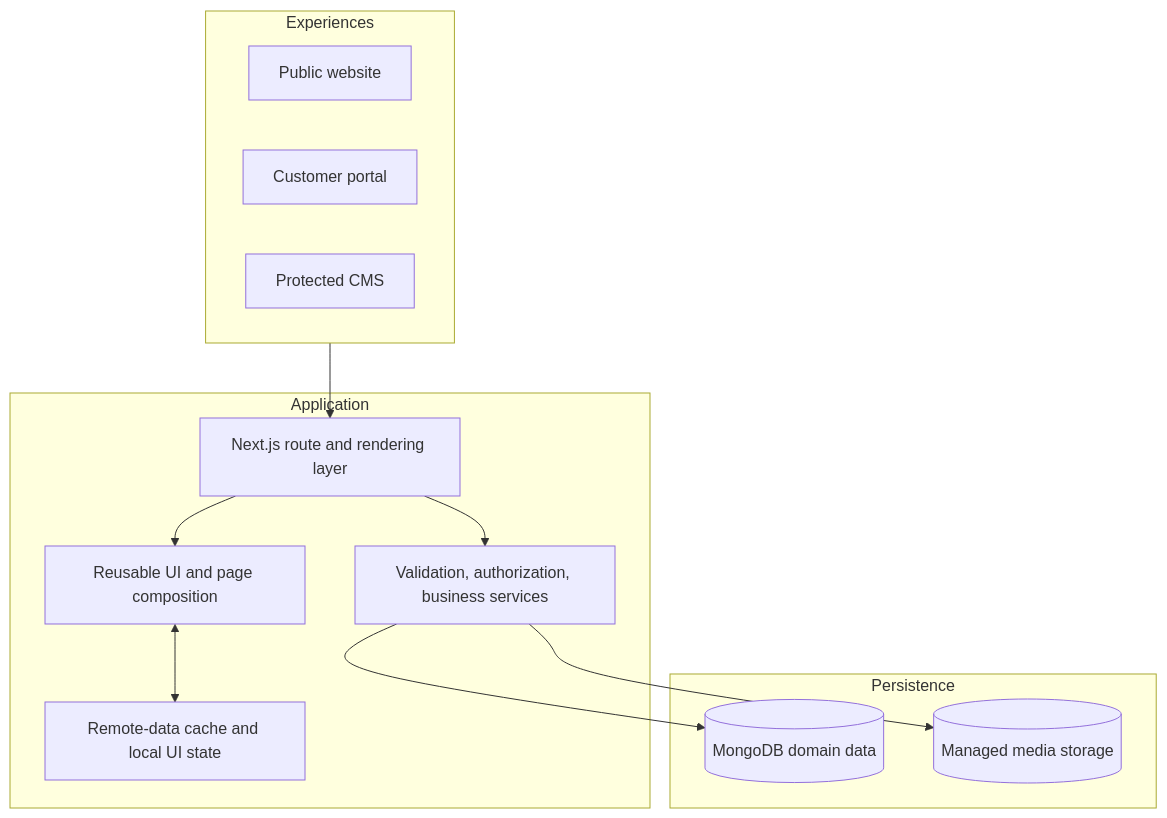
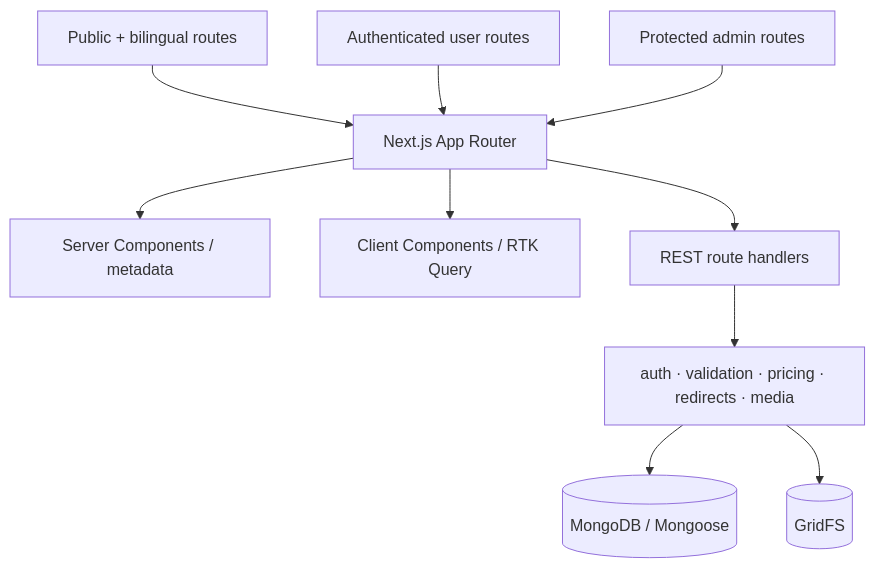
One commit to zakaria-akash/care-bangla-group-web-application changed the diagram in AppStructureUpgrade.md. Above: the diagram before and after it, drawn with Mermaid. The commit also changed other lines of this file and 11 other files, not shown here.

````diff
--- a/AppStructureUpgrade.md
+++ b/AppStructureUpgrade.md
@@ -9,22 +9,12 @@
 ```mermaid
 flowchart TB
-  subgraph Experiences
-    Public[Public website]
-    Customer[Customer portal]
-    Admin[Protected CMS]
-  end
-  subgraph Application
-    Routes[Next.js route and rendering layer]
-    UI[Reusable UI and page composition]
-    Domain[Validation, authorization, business services]
-    State[Remote-data cache and local UI state]
-  end
-  subgraph Persistence
-    DB[(MongoDB domain data)]
-    Files[(Managed media storage)]
-  end
-  Experiences --> Routes --> UI
-  Routes --> Domain --> DB
-  Domain --> Files
-  UI <--> State
+  Public[Public + bilingual routes] --> AppRouter[Next.js App Router]
+  Customer[Authenticated user routes] --> AppRouter
+  Admin[Protected admin routes] --> AppRouter
+  AppRouter --> SC[Server Components / metadata]
+  AppRouter --> CC[Client Components / RTK Query]
+  AppRouter --> APIs[REST route handlers]
+  APIs --> Lib[auth · validation · pricing · redirects · media]
+  Lib --> Mongo[(MongoDB / Mongoose)]
+  Lib --> Files[(GridFS)]
 ```
````
